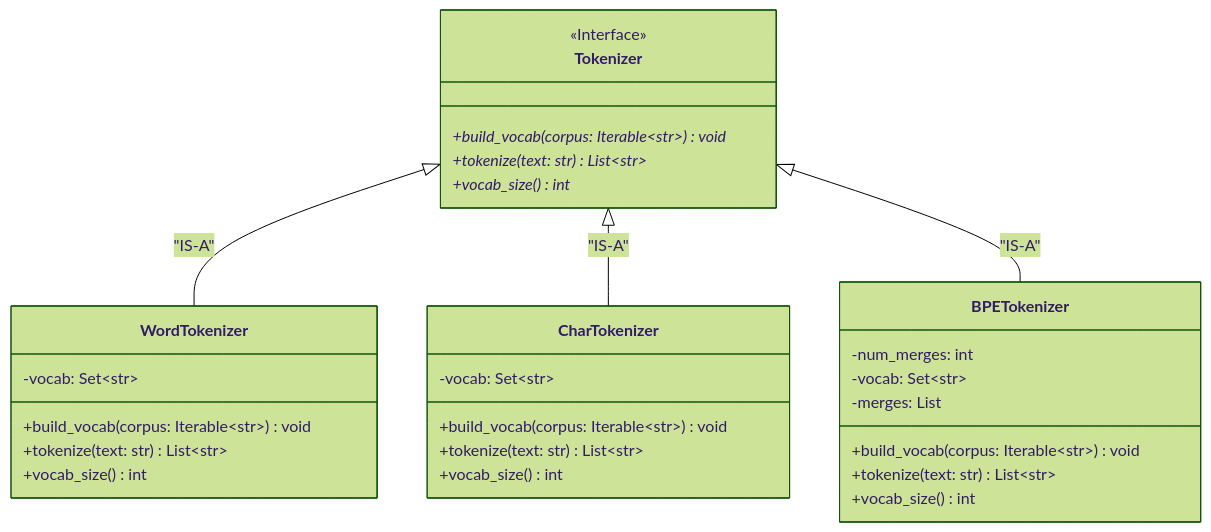
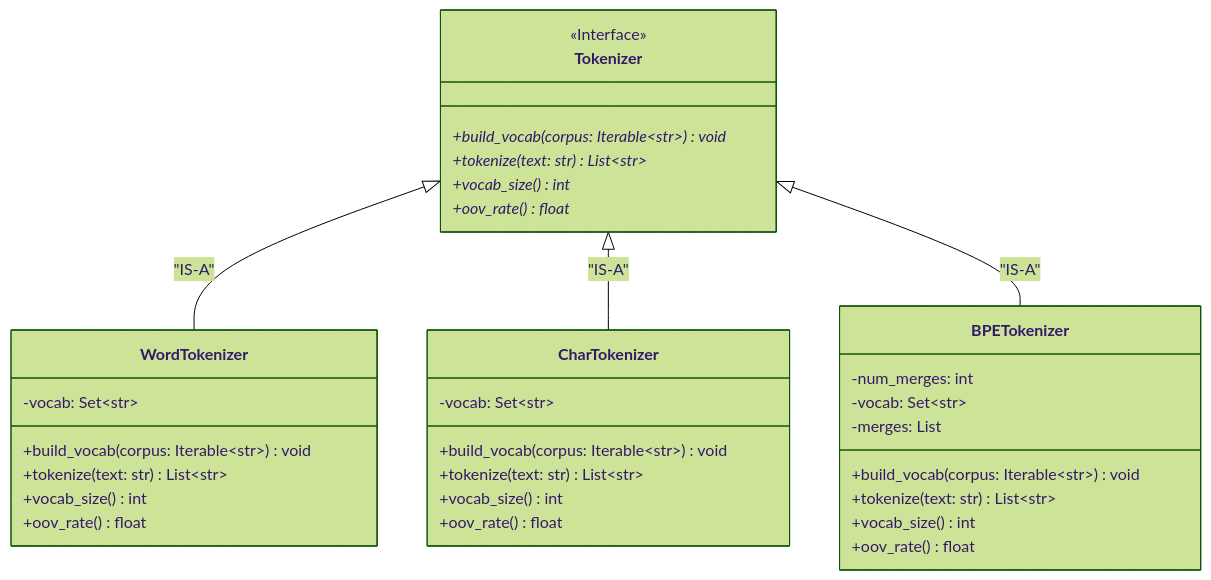
One commit to C792/TokenizerDraft changed the diagram in README.md. Above: the diagram before and after it, drawn with Mermaid (forest theme). The commit also changed 5 other files, not shown here.

````diff
--- a/README.md
+++ b/README.md
@@ -1,42 +1,46 @@
 ```mermaid
 
 classDiagram
     direction TB
 
     class Tokenizer {
         <<Interface>>
         +build_vocab(corpus: Iterable~str~) void*
         +tokenize(text: str) List~str~*
         +vocab_size() int*
+        +oov_rate() float*
     }
     
 
     class WordTokenizer {
         -vocab: Set~str~
         +build_vocab(corpus: Iterable~str~) void
         +tokenize(text: str) List~str~
         +vocab_size() int
+        +oov_rate() float
     }
 
     class CharTokenizer {
         -vocab: Set~str~
         +build_vocab(corpus: Iterable~str~) void
         +tokenize(text: str) List~str~
         +vocab_size() int
+        +oov_rate() float
     }
 
     class BPETokenizer {
         -num_merges: int
         -vocab: Set~str~
         -merges: List
         +build_vocab(corpus: Iterable~str~) void
         +tokenize(text: str) List~str~
         +vocab_size() int
+        +oov_rate() float
     }
     
 
     Tokenizer <|-- WordTokenizer : "IS-A"
     Tokenizer <|-- CharTokenizer : "IS-A"
     Tokenizer <|-- BPETokenizer : "IS-A"
 
 ```
````
